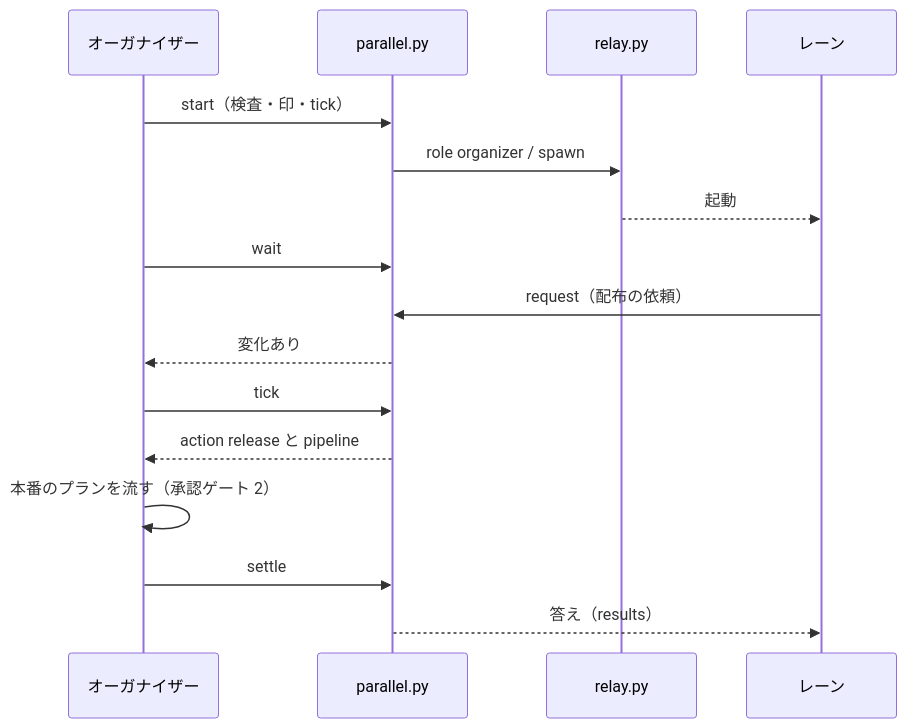
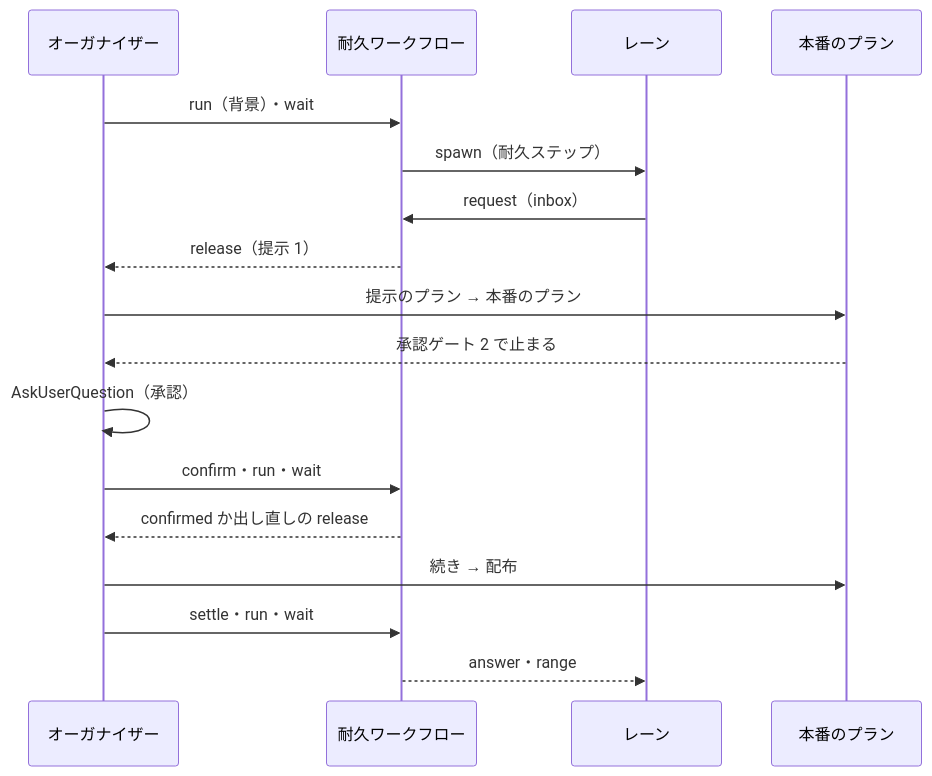
Before and after one commit to devbasex/ai-plugins: the fourth of 7 diagrams in issues/issue-2436-design.md, drawn with Mermaid. The commit also changed other lines of this file and 4 other files, not shown here.

````diff
--- a/issues/issue-2436-design.md
+++ b/issues/issue-2436-design.md
@@ -312,18 +380,19 @@
 ```mermaid
 sequenceDiagram
     participant O as オーガナイザー
-    participant P as parallel.py
-    participant R as relay.py
+    participant W as 耐久ワークフロー
     participant L as レーン
-    O->>P: start（検査・印・tick）
-    P->>R: role organizer / spawn
-    R-->>L: 起動
-    O->>P: wait
-    L->>P: request（配布の依頼）
-    P-->>O: 変化あり
-    O->>P: tick
-    P-->>O: action release と pipeline
-    O->>O: 本番のプランを流す（承認ゲート 2）
-    O->>P: settle
-    P-->>L: 答え（results）
+    participant Q as 本番のプラン
+    O->>W: run（背景）・wait
+    W->>L: spawn（耐久ステップ）
+    L->>W: request（inbox）
+    W-->>O: release（提示 1）
+    O->>Q: 提示のプラン → 本番のプラン
+    Q-->>O: 承認ゲート 2 で止まる
+    O->>O: AskUserQuestion（承認）
+    O->>W: confirm・run・wait
+    W-->>O: confirmed か出し直しの release
+    O->>Q: 続き → 配布
+    O->>W: settle・run・wait
+    W-->>L: answer・range
 ```
````
